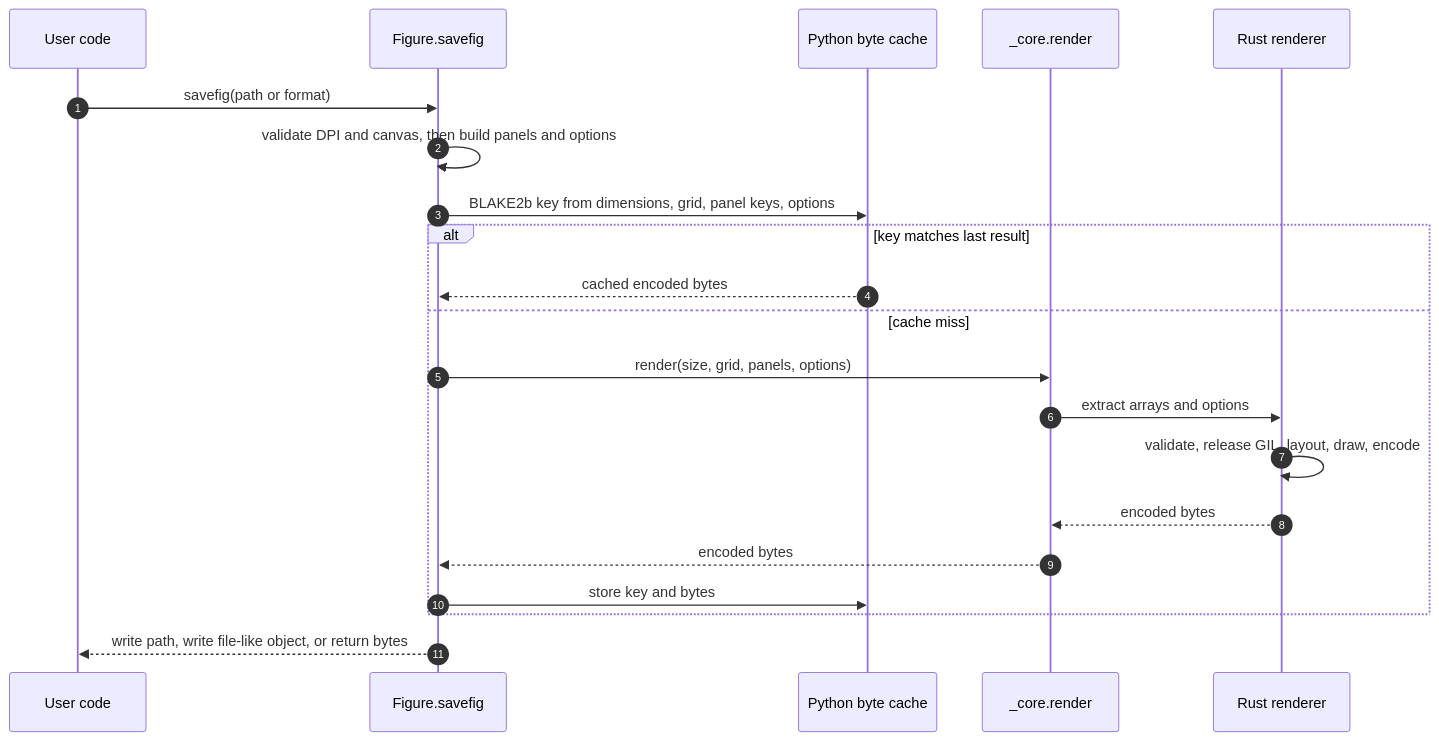
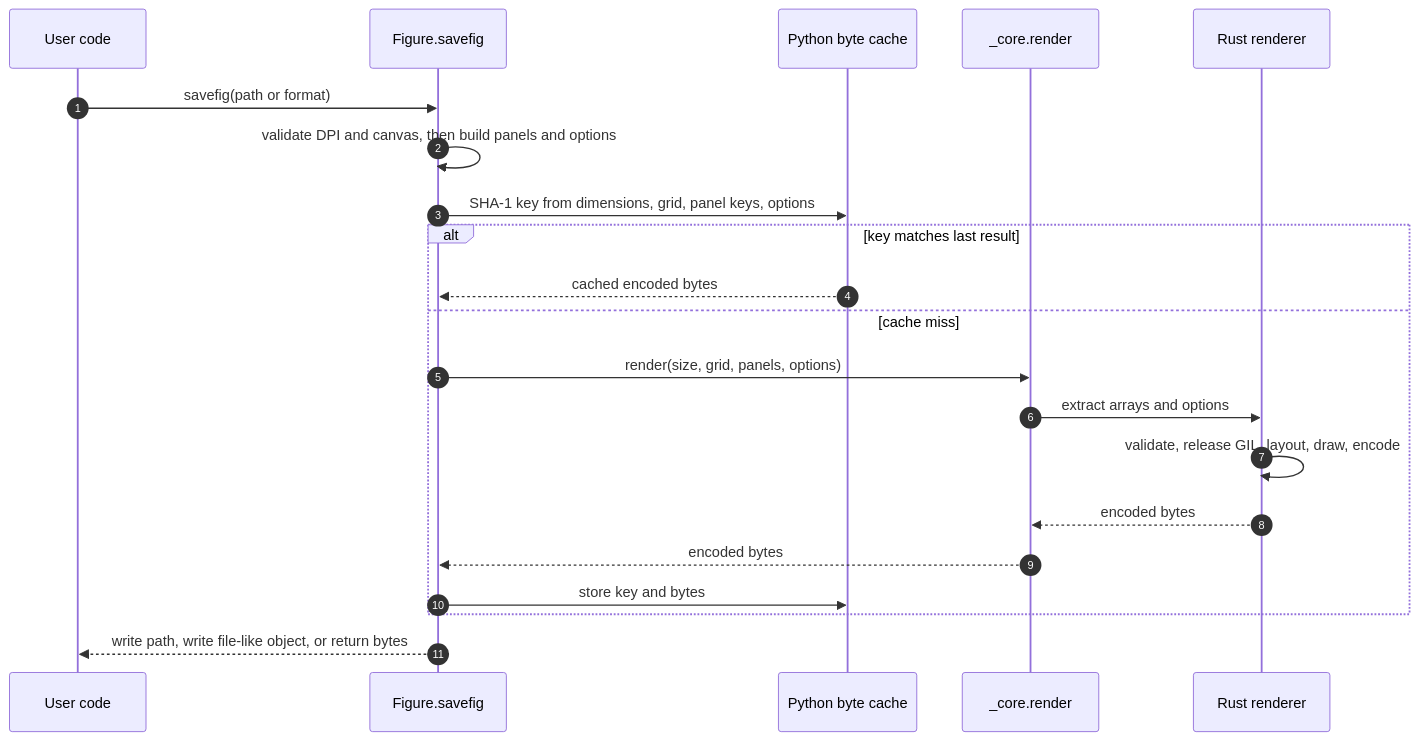
The second of 3 diagrams in architecture.md (kassoulet/matplotvite), drawn with Mermaid before and after one commit. The commit also changed other lines of this file and 3 other files, not shown here.

````diff
--- a/architecture.md
+++ b/architecture.md
@@ -86,24 +88,24 @@
 ```mermaid
 sequenceDiagram
     autonumber
     participant U as User code
     participant F as Figure.savefig
     participant C as Python byte cache
     participant B as _core.render
     participant R as Rust renderer
 
     U->>F: savefig(path or format)
     F->>F: validate DPI and canvas, then build panels and options
-    F->>C: BLAKE2b key from dimensions, grid, panel keys, options
+    F->>C: SHA-1 key from dimensions, grid, panel keys, options
     alt key matches last result
         C-->>F: cached encoded bytes
     else cache miss
         F->>B: render(size, grid, panels, options)
         B->>R: extract arrays and options
         R->>R: validate, release GIL, layout, draw, encode
         R-->>B: encoded bytes
         B-->>F: encoded bytes
         F->>C: store key and bytes
     end
     F-->>U: write path, write file-like object, or return bytes
 ```
````
